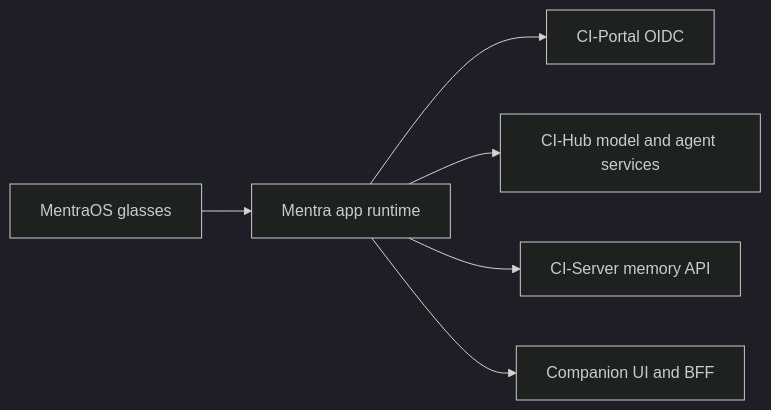
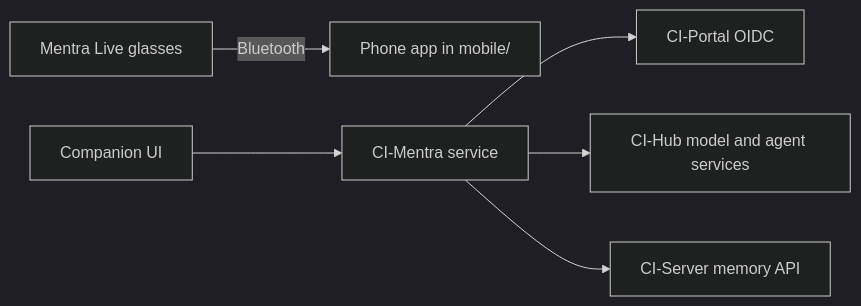
Before and after one commit to companionintelligence/CI-Mentra: the diagram in README.md, drawn with Mermaid (dark theme). The commit also changed other lines of this file and 33 other files, not shown here.

````diff
--- a/README.md
+++ b/README.md
@@ -510,8 +409,8 @@
 ```mermaid
 flowchart LR
-  Glasses[MentraOS glasses] --> App[Mentra app runtime]
+  Glasses[Mentra Live glasses] -->|Bluetooth| Phone[Phone app in mobile/]
+  UI[Companion UI] --> App[CI-Mentra service]
   App --> Portal[CI-Portal OIDC]
   App --> Hub[CI-Hub model and agent services]
   App --> Memory[CI-Server memory API]
-  App --> UI[Companion UI and BFF]
 ```
````
